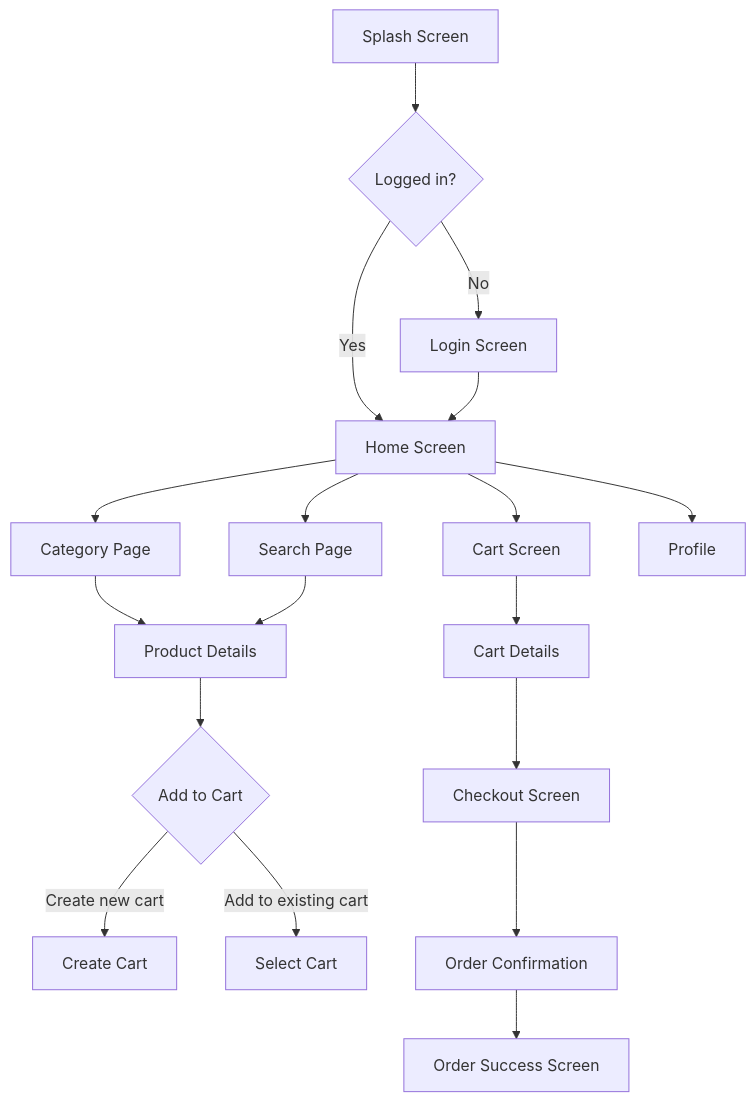
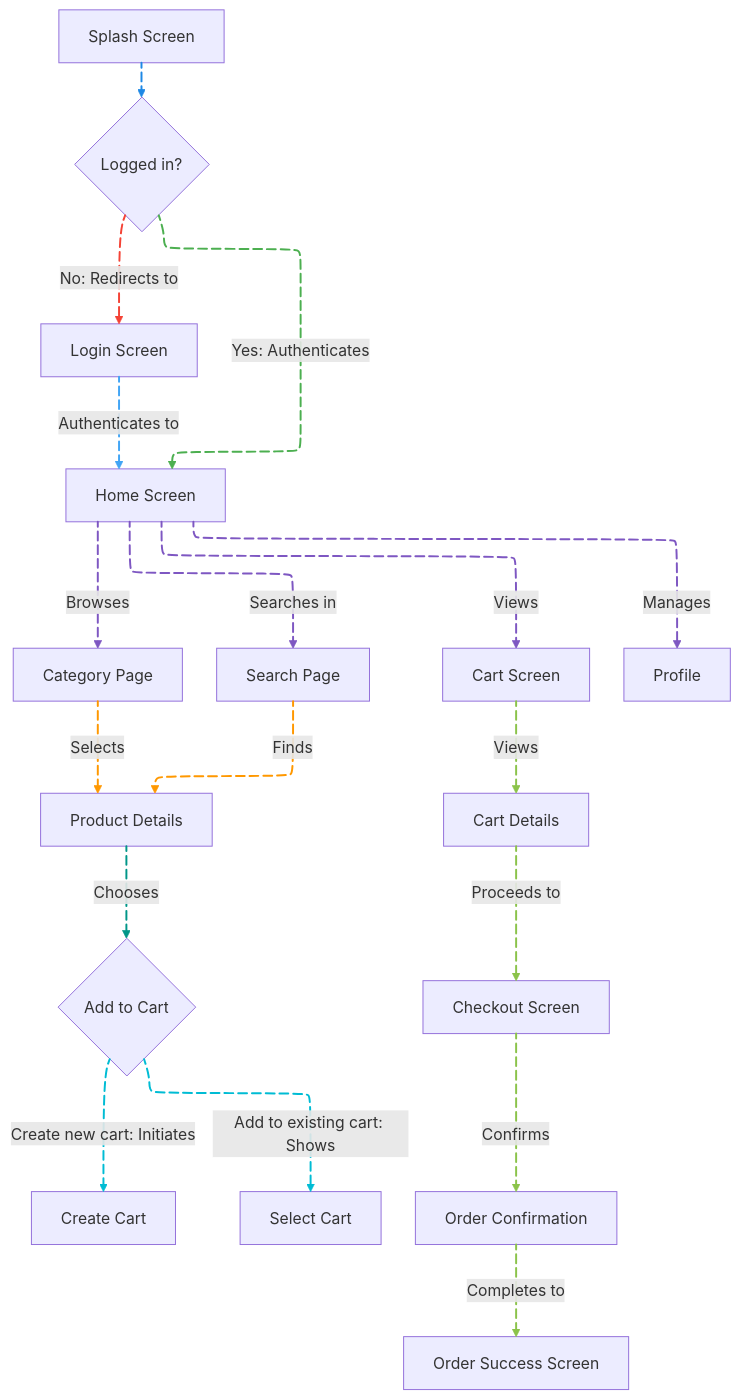
Before and after one commit to GeniusSystems24/genius_store: the first of 3 diagrams in README.md, drawn with Mermaid. The commit also changed other lines of this file and 60 other files, not shown here.

Commit message:
- add animations to diagrams.

````diff
--- a/README.md
+++ b/README.md
@@ -124,24 +124,65 @@
 ```mermaid
+---
+config:
+  look: classic
+  layout: elk
+---
 flowchart TD
-    A[Splash Screen] --> B{Logged in?}
-    B -->|Yes| C[Home Screen]
-    B -->|No| D[Login Screen]
-    D --> C
+    A[Splash Screen] L_A_B_0@--> B{Logged in?}
+    B L_B_C_0@-->|Yes: Authenticates| C[Home Screen]
+    B L_B_D_0@-->|No: Redirects to| D[Login Screen]
+    D L_D_C_0@--> |Authenticates to| C
     
-    C --> E[Category Page]
-    C --> F[Search Page]
-    C --> G[Cart Screen]
-    C --> H[Profile]
+    C L_C_E_0@--> |Browses| E[Category Page]
+    C L_C_F_0@--> |Searches in| F[Search Page]
+    C L_C_G_0@--> |Views| G[Cart Screen]
+    C L_C_H_0@--> |Manages| H[Profile]
     
-    E --> I[Product Details]
-    F --> I
+    E L_E_I_0@--> |Selects| I[Product Details]
+    F L_F_I_0@--> |Finds| I
     
-    I --> J{Add to Cart}
-    J -->|Create new cart| K[Create Cart]
-    J -->|Add to existing cart| L[Select Cart]
+    I L_I_J_0@--> |Chooses| J{Add to Cart}
+    J L_J_K_0@-->|Create new cart: Initiates| K[Create Cart]
+    J L_J_L_0@-->|Add to existing cart: Shows| L[Select Cart]
     
-    G --> M[Cart Details]
-    M --> N[Checkout Screen]
-    N --> O[Order Confirmation]
-    O --> P[Order Success Screen]
+    G L_G_M_0@--> |Views| M[Cart Details]
+    M L_M_N_0@--> |Proceeds to| N[Checkout Screen]
+    N L_N_O_0@--> |Confirms| O[Order Confirmation]
+    O L_O_P_0@--> |Completes to| P[Order Success Screen]
+    
+    linkStyle 0 stroke:#1E88E5,fill:none,stroke-width:2px
+    linkStyle 1 stroke:#4CAF50,fill:none,stroke-width:2px
+    linkStyle 2 stroke:#F44336,fill:none,stroke-width:2px
+    linkStyle 3 stroke:#42A5F5,fill:none,stroke-width:2px
+    linkStyle 4 stroke:#7E57C2,fill:none,stroke-width:2px
+    linkStyle 5 stroke:#7E57C2,fill:none,stroke-width:2px
+    linkStyle 6 stroke:#7E57C2,fill:none,stroke-width:2px
+    linkStyle 7 stroke:#7E57C2,fill:none,stroke-width:2px
+    linkStyle 8 stroke:#FF9800,fill:none,stroke-width:2px
+    linkStyle 9 stroke:#FF9800,fill:none,stroke-width:2px
+    linkStyle 10 stroke:#009688,fill:none,stroke-width:2px
+    linkStyle 11 stroke:#00BCD4,fill:none,stroke-width:2px
+    linkStyle 12 stroke:#00BCD4,fill:none,stroke-width:2px
+    linkStyle 13 stroke:#8BC34A,fill:none,stroke-width:2px
+    linkStyle 14 stroke:#8BC34A,fill:none,stroke-width:2px
+    linkStyle 15 stroke:#8BC34A,fill:none,stroke-width:2px
+    linkStyle 16 stroke:#8BC34A,fill:none,stroke-width:2px
+    
+    L_A_B_0@{ animation: fast }
+    L_B_C_0@{ animation: fast }
+    L_B_D_0@{ animation: fast }
+    L_D_C_0@{ animation: fast }
+    L_C_E_0@{ animation: fast }
+    L_C_F_0@{ animation: fast }
+    L_C_G_0@{ animation: fast }
+    L_C_H_0@{ animation: fast }
+    L_E_I_0@{ animation: fast }
+    L_F_I_0@{ animation: fast }
+    L_I_J_0@{ animation: fast }
+    L_J_K_0@{ animation: fast }
+    L_J_L_0@{ animation: fast }
+    L_G_M_0@{ animation: fast }
+    L_M_N_0@{ animation: fast }
+    L_N_O_0@{ animation: fast }
+    L_O_P_0@{ animation: fast }
 ```
````
